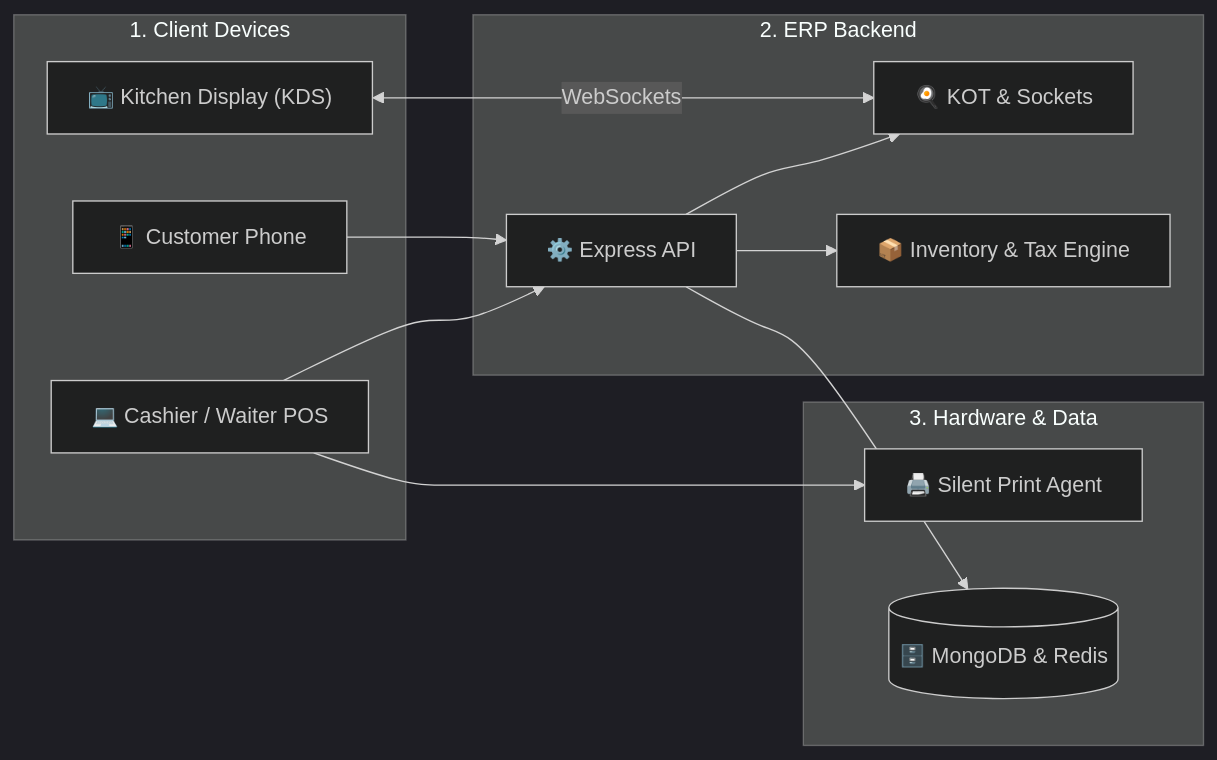
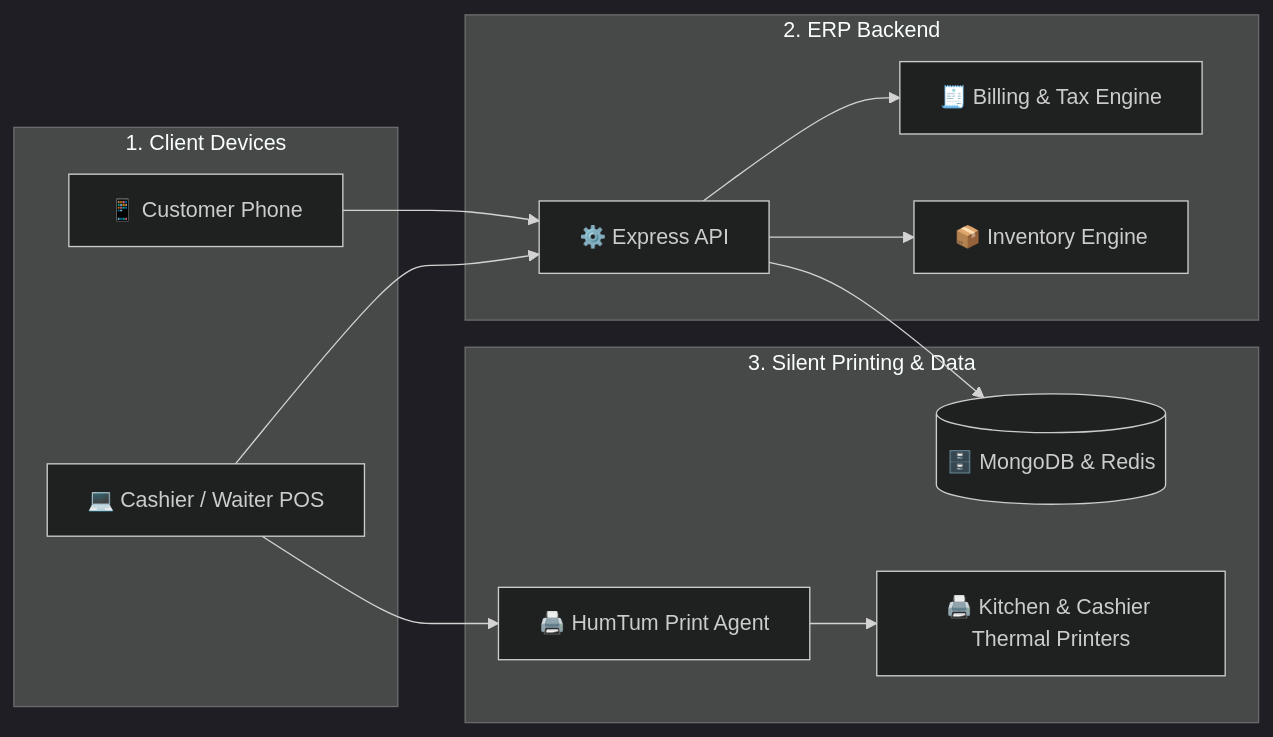
The first of 4 diagrams in README.md (trooooperr/HumTum-POS), drawn with Mermaid (dark theme) before and after one commit. The commit also changed other lines of this file, not shown here.

Commit message:
docs: update diagrams for direct silent KOT printer flow to kitchen

````diff
--- a/README.md
+++ b/README.md
@@ -42,26 +42,26 @@
 ```mermaid
 graph LR
     subgraph Devices [1. Client Devices]
         PHONE["📱 Customer Phone"]
         POS["💻 Cashier / Waiter POS"]
-        KDS["📺 Kitchen Display (KDS)"]
     end
 
     subgraph Server [2. ERP Backend]
         API["⚙️ Express API"]
-        KOT["🍳 KOT & Sockets"]
-        STOCK["📦 Inventory & Tax Engine"]
+        BILL["🧾 Billing & Tax Engine"]
+        STOCK["📦 Inventory Engine"]
     end
 
-    subgraph Storage [3. Hardware & Data]
-        PRINT["🖨️ Silent Print Agent"]
+    subgraph Hardware [3. Silent Printing & Data]
+        PRINT["🖨️ HumTum Print Agent"]
+        PRINTERS["🖨️ Kitchen & Cashier Thermal Printers"]
         DB[("🗄️ MongoDB & Redis")]
     end
 
     PHONE --> API
     POS --> API
-    KDS <-->|WebSockets| KOT
-    API --> KOT & STOCK
+    API --> BILL & STOCK
     POS --> PRINT
+    PRINT --> PRINTERS
     API --> DB
 ```
````
